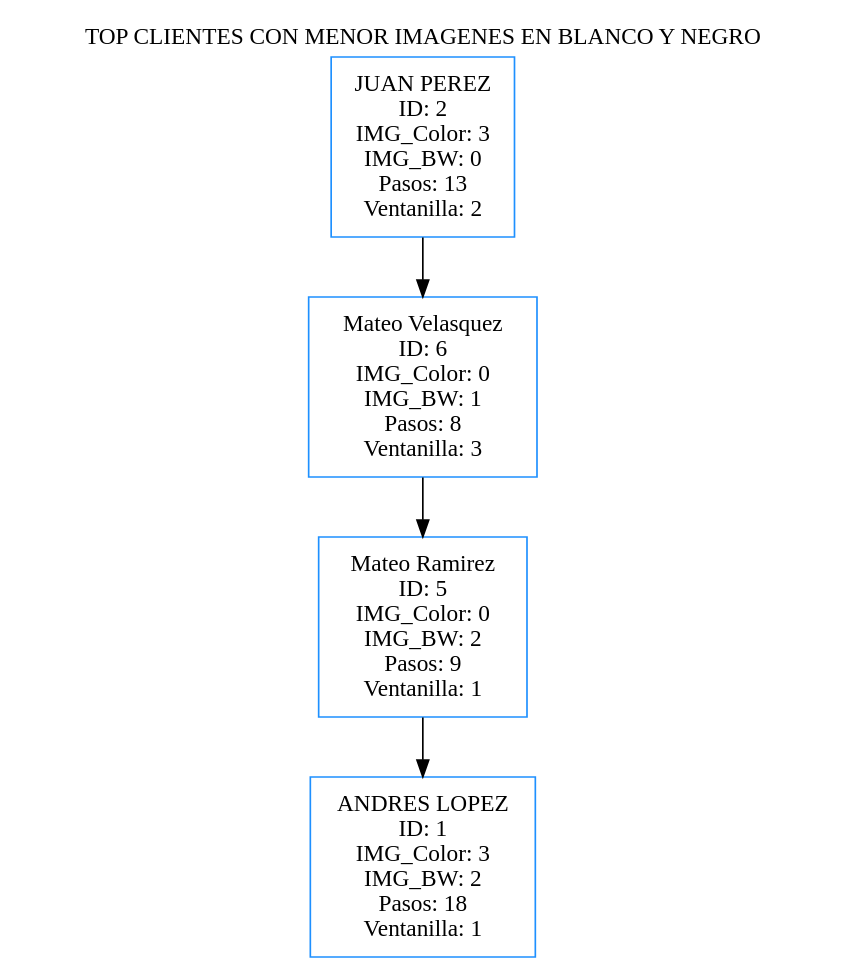
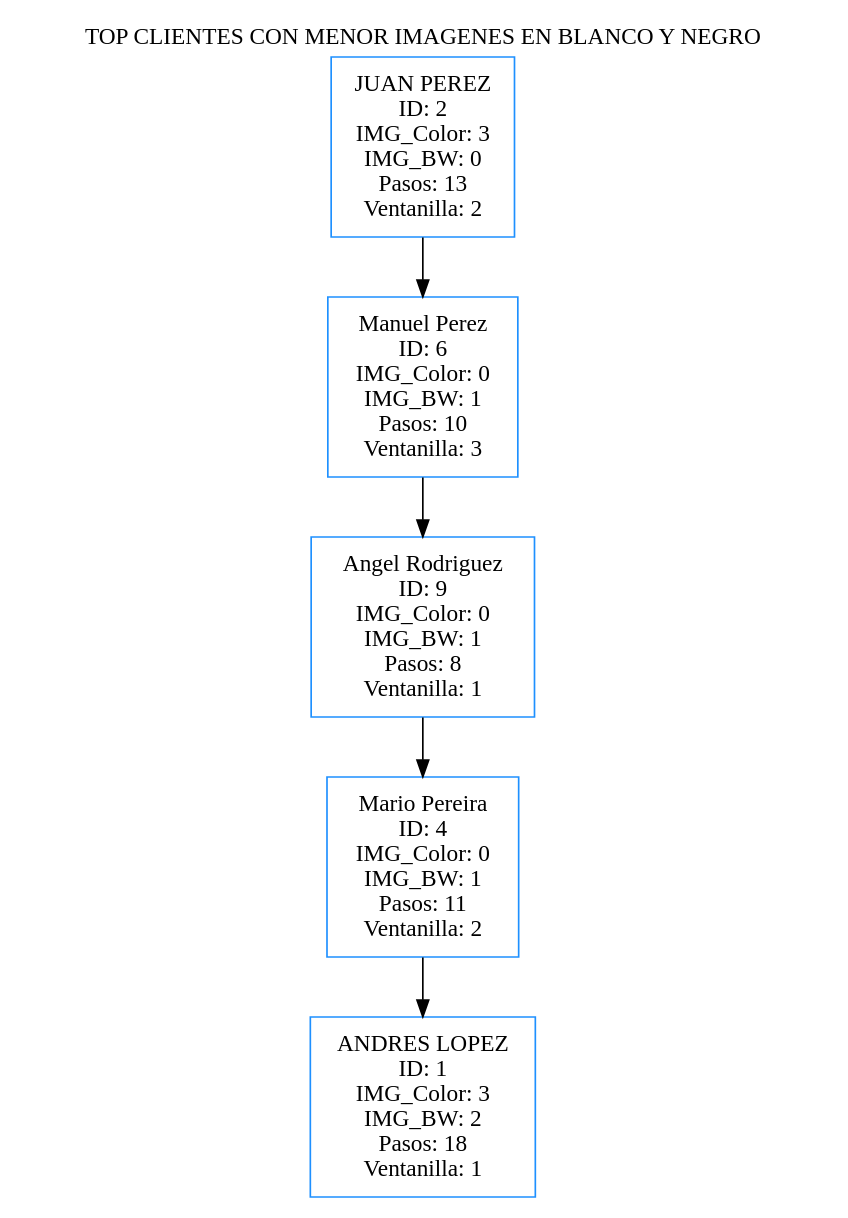
The diagram in [EDD]PROYECTO_FASE1_202010223/top2.dot (LuisBarrera23/EDD_PROYECTO_FASE1_202010223), drawn with Graphviz before and after one commit. The commit also changed 19 other files, not shown here.

```diff
--- a/[EDD]PROYECTO_FASE1_202010223/top2.dot
+++ b/[EDD]PROYECTO_FASE1_202010223/top2.dot
@@ -1,13 +1,15 @@
 digraph G{
 label="TOP CLIENTES CON MENOR IMAGENES EN BLANCO Y NEGRO";
 labelloc = "t"
 node [shape=BOX,color=dodgerblue1];
 cliente1791741888[label="JUAN PEREZ\nID: 2\nIMG_Color: 3\nIMG_BW: 0\nPasos: 13\nVentanilla: 2", width=1.5,height=1.5];
-cliente189568618[label="Mateo Velasquez\nID: 6\nIMG_Color: 0\nIMG_BW: 1\nPasos: 8\nVentanilla: 3", width=1.5,height=1.5];
-cliente284720968[label="Mateo Ramirez\nID: 5\nIMG_Color: 0\nIMG_BW: 2\nPasos: 9\nVentanilla: 1", width=1.5,height=1.5];
+cliente189568618[label="Manuel Perez\nID: 6\nIMG_Color: 0\nIMG_BW: 1\nPasos: 10\nVentanilla: 3", width=1.5,height=1.5];
+cliente495053715[label="Angel Rodriguez\nID: 9\nIMG_Color: 0\nIMG_BW: 1\nPasos: 8\nVentanilla: 1", width=1.5,height=1.5];
+cliente1915910607[label="Mario Pereira\nID: 4\nIMG_Color: 0\nIMG_BW: 1\nPasos: 11\nVentanilla: 2", width=1.5,height=1.5];
 cliente2065951873[label="ANDRES LOPEZ\nID: 1\nIMG_Color: 3\nIMG_BW: 2\nPasos: 18\nVentanilla: 1", width=1.5,height=1.5];
 cliente1791741888->cliente189568618;
-cliente189568618->cliente284720968;
-cliente284720968->cliente2065951873;
+cliente189568618->cliente495053715;
+cliente495053715->cliente1915910607;
+cliente1915910607->cliente2065951873;
 
 }
```
